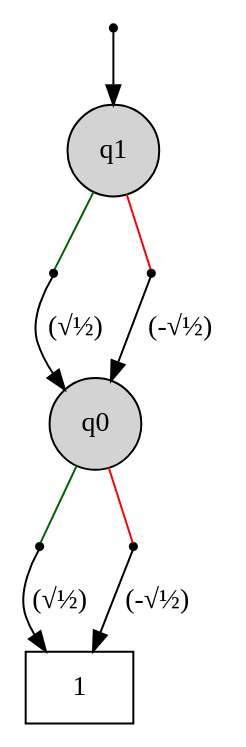
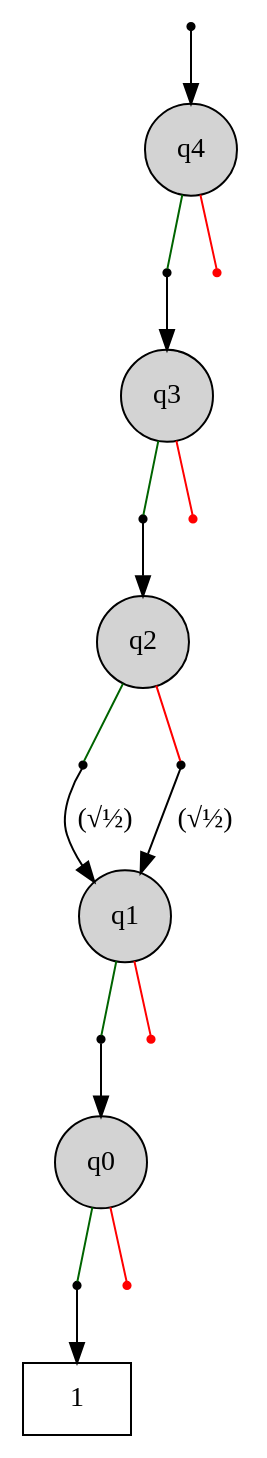
Before and after one commit to cda-tum/mqt-ddvis: the diagram in data/1.dot, drawn with Graphviz. The commit also changed 3 other files, not shown here.

```diff
--- a/data/1.dot
+++ b/data/1.dot
@@ -1,25 +1,45 @@
 digraph "DD" {
 graph [center=true, ordering=out];
 node [shape=circle, center=true];
 "T" [ shape = box, label="1" ];
 "R" [label="", shape=point];
-"0" [ label="q1" ,style=filled, fillcolor=lightgray ];
+"0" [ label="q4" ,style=filled, fillcolor=lightgray ];
 "0h0"  [label="", shape=point];
-"0h2"  [label="", shape=point];
-"1" [ label="q0" ,style=filled, fillcolor=lightgray ];
-"1h0"  [label="", shape=point ];
-"1h2"  [label="", shape=point ];
+"0h2"  [label="", shape=point , fillcolor=red, color=red];
+"1" [ label="q3" ,style=filled, fillcolor=lightgray ];
+"1h0"  [label="", shape=point];
+"1h2"  [label="", shape=point , fillcolor=red, color=red];
+"2" [ label="q2" ,style=filled, fillcolor=lightgray ];
+"2h0"  [label="", shape=point];
+"2h2"  [label="", shape=point];
+"3" [ label="q1" ,style=filled, fillcolor=lightgray ];
+"3h0"  [label="", shape=point];
+"3h2"  [label="", shape=point , fillcolor=red, color=red];
+"4" [ label="q0" ,style=filled, fillcolor=lightgray ];
+"4h0"  [label="", shape=point ];
+"4h2"  [label="", shape=point , fillcolor=red, color=red];
 
 "R" -> "0"
 {rank=same; "0h0" "0h2"}
 "0" -> "0h0" [arrowhead=none,color=darkgreen];
-"0h0" -> "1" [label=" (√½)" ];
+"0h0" -> "1";
 "0" -> "0h2" [arrowhead=none,color=red];
-"0h2" -> "1" [label=" (-√½)" ];
 {rank=same; "1h0" "1h2"}
 "1" -> "1h0" [arrowhead=none,color=darkgreen];
-"1h0"-> "T" [label= "(√½)", ];
+"1h0" -> "2";
 "1" -> "1h2" [arrowhead=none,color=red];
-"1h2"-> "T" [label= "(-√½)", ];
+{rank=same; "2h0" "2h2"}
+"2" -> "2h0" [arrowhead=none,color=darkgreen];
+"2h0" -> "3" [label=" (√½)" ];
+"2" -> "2h2" [arrowhead=none,color=red];
+"2h2" -> "3" [label=" (√½)" ];
+{rank=same; "3h0" "3h2"}
+"3" -> "3h0" [arrowhead=none,color=darkgreen];
+"3h0" -> "4";
+"3" -> "3h2" [arrowhead=none,color=red];
+{rank=same; "4h0" "4h2"}
+"4" -> "4h0" [arrowhead=none,color=darkgreen];
+"4h0"-> "T";
+"4" -> "4h2" [arrowhead=none,color=red];
 
 }
```
